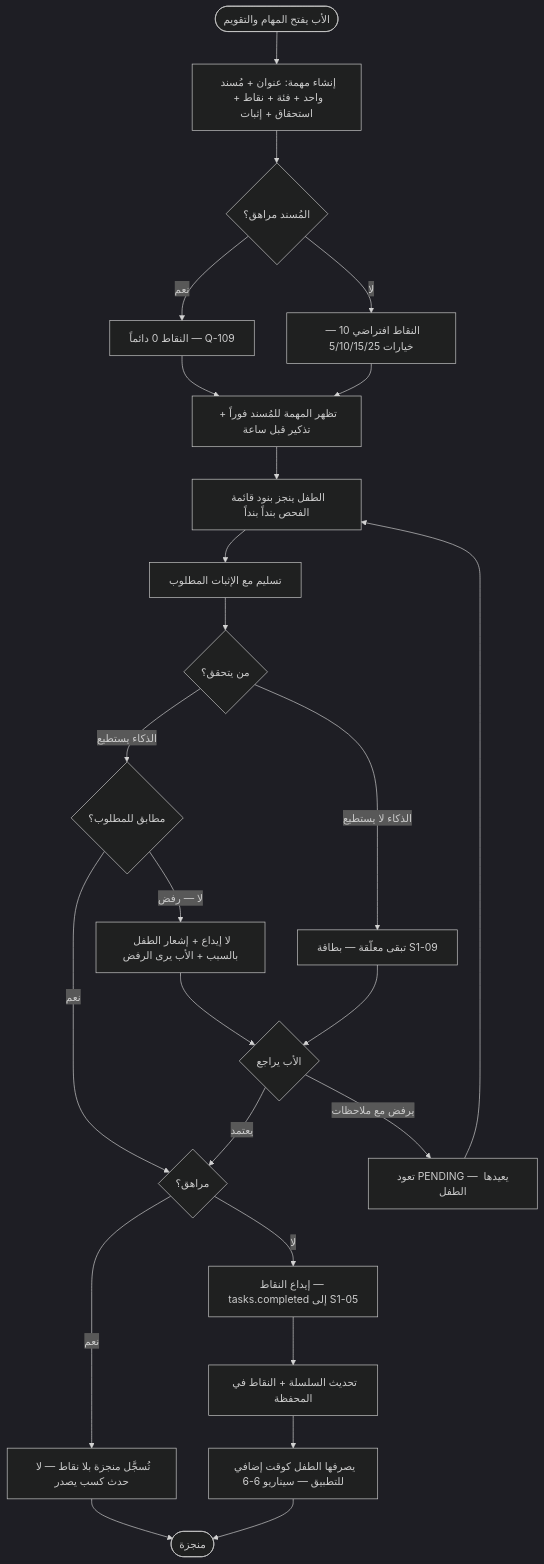
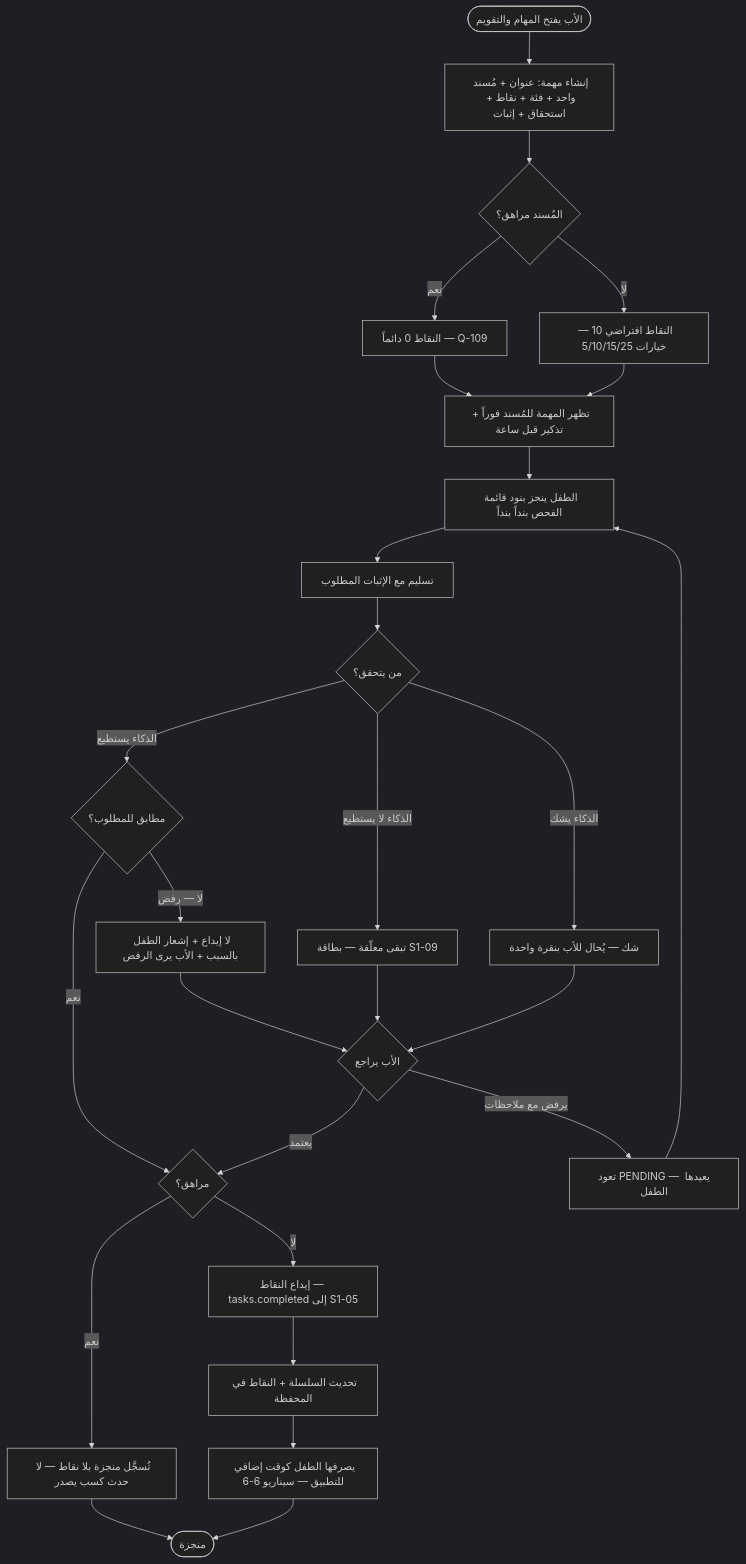
The tenth of 12 diagrams in docs/family-os/governance/phases/phase-1/S1-06-tasks-and-calendar/DIAGRAMS.md (Bassam-mohammed-alqaeadi/family-os-v2), drawn with Mermaid (dark theme) before and after one commit. The commit also changed other lines of this file and 19 other files, not shown here.

````diff
--- a/docs/family-os/governance/phases/phase-1/S1-06-tasks-and-calendar/DIAGRAMS.md
+++ b/docs/family-os/governance/phases/phase-1/S1-06-tasks-and-calendar/DIAGRAMS.md
@@ -312,27 +349,29 @@
 ```mermaid
 flowchart TD
     Start([الأب يفتح المهام والتقويم]) --> Create[إنشاء مهمة: عنوان + مُسند واحد + فئة + نقاط + استحقاق + إثبات]
     Create --> TeenQ{المُسند مراهق؟}
     TeenQ -->|نعم| Zero[النقاط 0 دائماً — Q-109]
     TeenQ -->|لا| Points[النقاط افتراضي 10 — خيارات 5/10/15/25]
     Zero --> Show[تظهر المهمة للمُسند فوراً + تذكير قبل ساعة]
     Points --> Show
     Show --> Do[الطفل ينجز بنود قائمة الفحص بنداً بنداً]
     Do --> Submit[تسليم مع الإثبات المطلوب]
     Submit --> Who{من يتحقق؟}
     Who -->|الذكاء يستطيع| AIOK{مطابق للمطلوب؟}
     AIOK -->|نعم| TeenCheck{مراهق؟}
     AIOK -->|لا — رفض| Notify[لا إيداع + إشعار الطفل بالسبب + الأب يرى الرفض]
     Who -->|الذكاء لا يستطيع| Pending[تبقى معلّقة — بطاقة S1-09]
+    Who -->|الذكاء يشك| Doubt[شك — يُحال للأب بنقرة واحدة]
+    Doubt --> FatherRev
     Pending --> FatherRev{الأب يراجع}
     FatherRev -->|يعتمد| TeenCheck
     FatherRev -->|يرفض مع ملاحظات| Back[تعود PENDING — يعيدها الطفل]
     Back --> Do
     Notify --> FatherRev
     TeenCheck -->|نعم| NoEvent[تُسجَّل منجزة بلا نقاط — لا حدث كسب يصدر]
     TeenCheck -->|لا| Deposit[إيداع النقاط — tasks.completed إلى S1-05]
     Deposit --> Streak[تحديث السلسلة + النقاط في المحفظة]
     Streak --> Spend[يصرفها الطفل كوقت إضافي للتطبيق — سيناريو 6-6]
     NoEvent --> End([منجزة])
     Spend --> End
 ```
````
